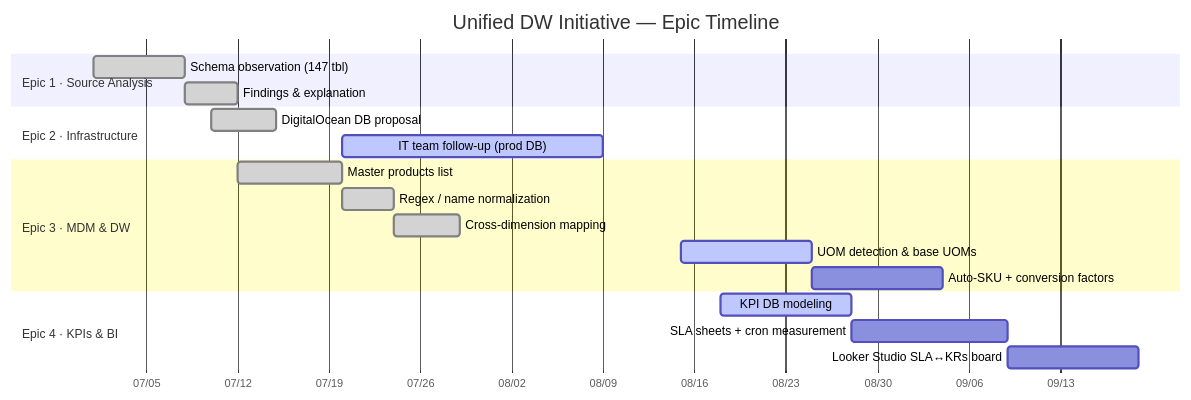
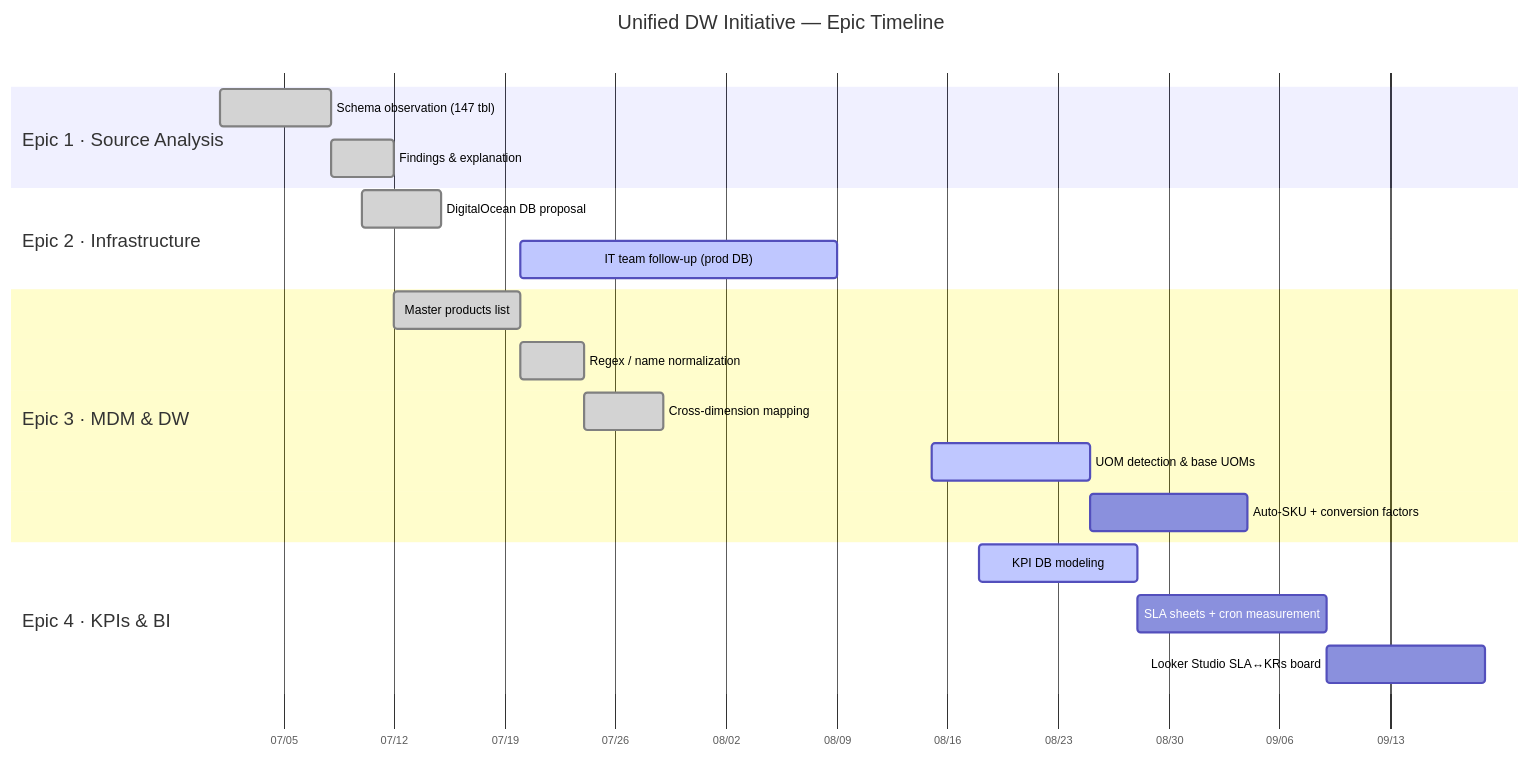
The diagram in docs/projects/index.md (kaungmyatkyaw-cloud/docs-marathon-bi), drawn with Mermaid before and after one commit. The commit also changed other lines of this file and 3 other files, not shown here.

Commit message:
style: enlarge mermaid diagrams to full content width

````diff
--- a/docs/projects/index.md
+++ b/docs/projects/index.md
@@ -35,22 +35,23 @@
 ```mermaid
+%%{init: {'fontSize': '17px', 'gantt': {'barHeight': 34, 'barGap': 12, 'topPadding': 80, 'leftPadding': 190, 'rightPadding': 60, 'sectionFontSize': 17, 'useWidth': 1400}}}%%
 gantt
     title Unified DW Initiative — Epic Timeline
     dateFormat YYYY-MM-DD
     axisFormat %m/%d
     section Epic 1 · Source Analysis
     Schema observation (147 tbl)   :done, e1a, 2026-07-01, 7d
     Findings & explanation         :done, e1b, after e1a, 4d
     section Epic 2 · Infrastructure
     DigitalOcean DB proposal       :done, e2a, 2026-07-10, 5d
     IT team follow-up (prod DB)    :active, e2b, 2026-07-20, 20d
     section Epic 3 · MDM & DW
     Master products list           :done, e3a, 2026-07-12, 8d
     Regex / name normalization     :done, e3b, after e3a, 4d
     Cross-dimension mapping        :done, e3c, after e3b, 5d
     UOM detection & base UOMs      :active, e3d, 2026-08-15, 10d
     Auto-SKU + conversion factors  :e3e, after e3d, 10d
     section Epic 4 · KPIs & BI
     KPI DB modeling                :active, e4a, 2026-08-18, 10d
     SLA sheets + cron measurement  :e4b, after e4a, 12d
     Looker Studio SLA↔KRs board    :e4c, after e4b, 10d
 ```
````
